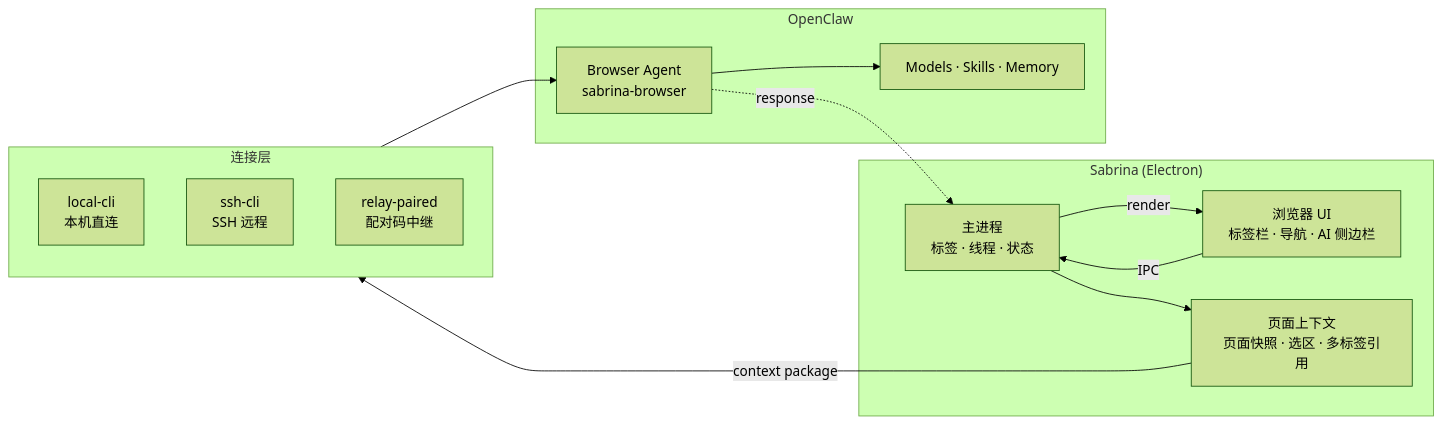
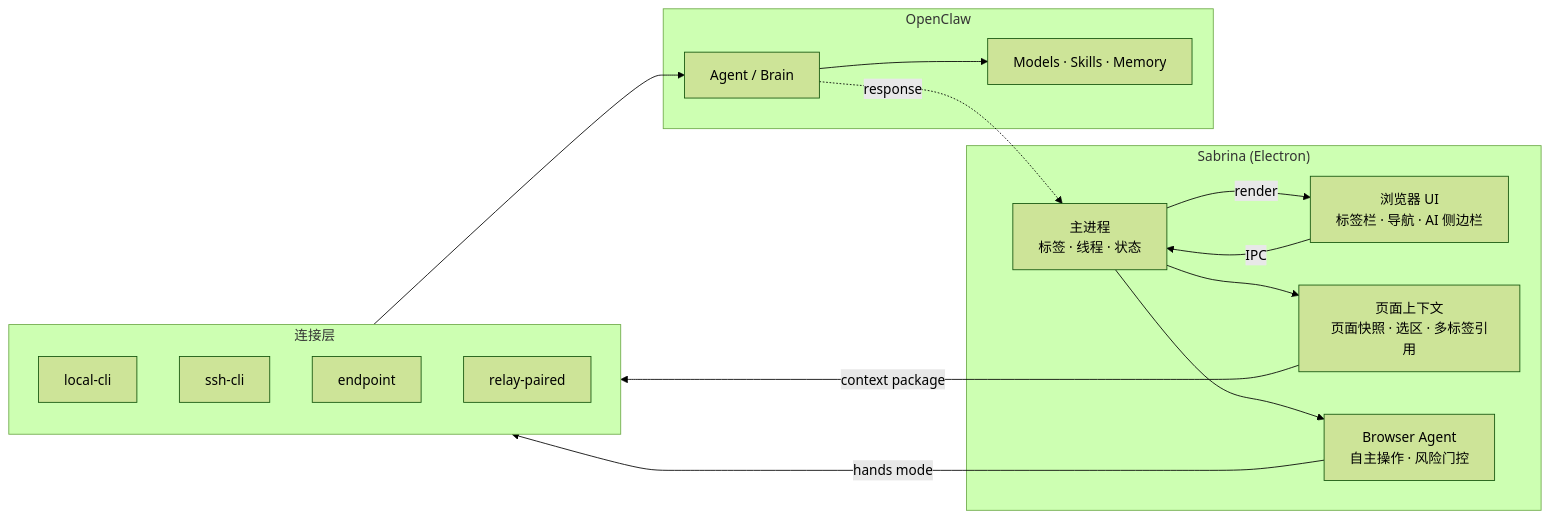
The diagram in README.md (jiaqi015/openclaw-ai-browser), drawn with Mermaid (forest theme) before and after one commit. The commit also changed other lines of this file and 126 other files, not shown here.

Commit message:
chore: release v0.1.13 — agent mode, coding gentab, 4 connection modes

````diff
--- a/README.md
+++ b/README.md
@@ -138,27 +143,31 @@
 ```mermaid
 flowchart LR
   subgraph Sabrina["Sabrina (Electron)"]
     UI["浏览器 UI\n标签栏 · 导航 · AI 侧边栏"]
     Main["主进程\n标签 · 线程 · 状态"]
     Context["页面上下文\n页面快照 · 选区 · 多标签引用"]
+    Agent["Browser Agent\n自主操作 · 风险门控"]
   end
 
   subgraph Driver["连接层"]
-    D1["local-cli\n本机直连"]
-    D2["ssh-cli\nSSH 远程"]
-    D3["relay-paired\n配对码中继"]
+    D1["local-cli"]
+    D2["ssh-cli"]
+    D3["endpoint"]
+    D4["relay-paired"]
   end
 
   subgraph OpenClaw["OpenClaw"]
-    Agent["Browser Agent\nsabrina-browser"]
+    OCA["Agent / Brain"]
     Eco["Models · Skills · Memory"]
   end
 
   UI -->|IPC| Main
   Main --> Context
+  Main --> Agent
   Context -->|context package| Driver
-  Driver --> Agent
-  Agent --> Eco
-  Agent -.->|response| Main
+  Agent -->|hands mode| Driver
+  Driver --> OCA
+  OCA --> Eco
+  OCA -.->|response| Main
   Main -->|render| UI
 ```
````
